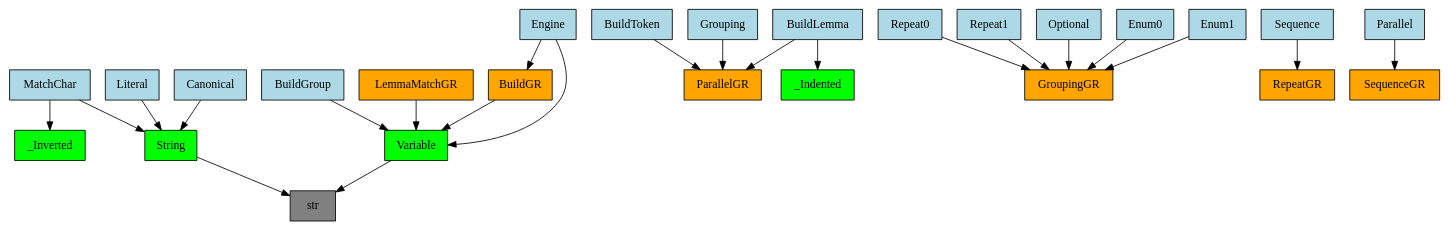
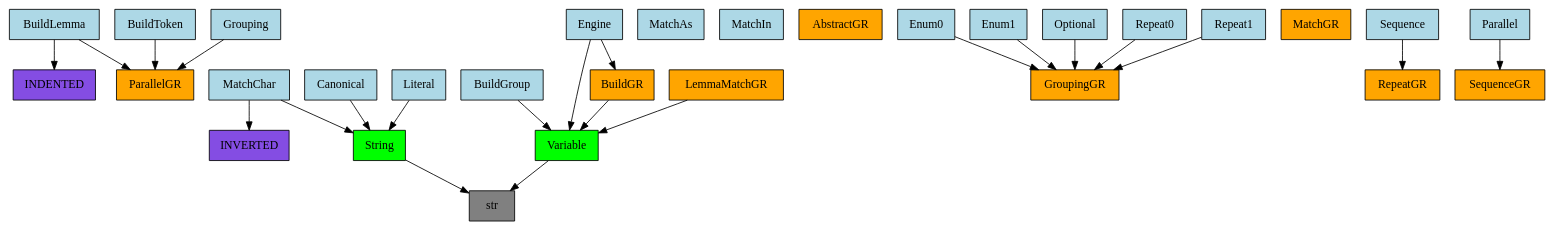
One commit to GabrielAmare/Language changed the diagram in language/base/bnf/v0_0_1/use_graph.gv. Above: the diagram before and after it, drawn with Graphviz. The commit also changed 8 other files, not shown here.

Commit message:
used utils.graph.structures for ClassManager.use_graph

```diff
--- a/language/base/bnf/v0_0_1/use_graph.gv
+++ b/language/base/bnf/v0_0_1/use_graph.gv
@@ -1,50 +1,54 @@
 digraph {
-	0 [label=BuildGR fillcolor=orange shape=rect style=filled]
-	1 [label=Variable fillcolor=lime shape=rect style=filled]
-	2 [label=BuildToken fillcolor=lightblue shape=rect style=filled]
-	3 [label=ParallelGR fillcolor=orange shape=rect style=filled]
-	4 [label=BuildLemma fillcolor=lightblue shape=rect style=filled]
-	5 [label=_Indented fillcolor=lime shape=rect style=filled]
-	6 [label=BuildGroup fillcolor=lightblue shape=rect style=filled]
-	7 [label=LemmaMatchGR fillcolor=orange shape=rect style=filled]
-	8 [label=MatchChar fillcolor=lightblue shape=rect style=filled]
-	9 [label=_Inverted fillcolor=lime shape=rect style=filled]
-	10 [label=String fillcolor=lime shape=rect style=filled]
-	11 [label=Literal fillcolor=lightblue shape=rect style=filled]
-	12 [label=Canonical fillcolor=lightblue shape=rect style=filled]
-	13 [label=Grouping fillcolor=lightblue shape=rect style=filled]
-	14 [label=Repeat0 fillcolor=lightblue shape=rect style=filled]
-	15 [label=GroupingGR fillcolor=orange shape=rect style=filled]
-	16 [label=Repeat1 fillcolor=lightblue shape=rect style=filled]
-	17 [label=Optional fillcolor=lightblue shape=rect style=filled]
-	18 [label=Enum0 fillcolor=lightblue shape=rect style=filled]
-	19 [label=Enum1 fillcolor=lightblue shape=rect style=filled]
-	20 [label=Sequence fillcolor=lightblue shape=rect style=filled]
-	21 [label=RepeatGR fillcolor=orange shape=rect style=filled]
-	22 [label=Parallel fillcolor=lightblue shape=rect style=filled]
-	23 [label=SequenceGR fillcolor=orange shape=rect style=filled]
-	24 [label=Engine fillcolor=lightblue shape=rect style=filled]
-	25 [label=str fillcolor=gray shape=rect style=filled]
-	0 -> 1
-	2 -> 3
-	4 -> 5
-	4 -> 3
-	6 -> 1
-	7 -> 1
-	8 -> 9
-	8 -> 10
-	11 -> 10
-	12 -> 10
-	13 -> 3
-	14 -> 15
-	16 -> 15
-	17 -> 15
-	18 -> 15
-	19 -> 15
-	20 -> 21
-	22 -> 23
-	24 -> 0
-	24 -> 1
-	1 -> 25
-	10 -> 25
+	_Indented [label=INDENTED fillcolor="#844de3" shape=rect style=filled]
+	_Inverted [label=INVERTED fillcolor="#844de3" shape=rect style=filled]
+	MatchAs [label=MatchAs fillcolor=lightblue shape=rect style=filled]
+	MatchIn [label=MatchIn fillcolor=lightblue shape=rect style=filled]
+	AbstractGR [label=AbstractGR fillcolor=orange shape=rect style=filled]
+	GroupingGR [label=GroupingGR fillcolor=orange shape=rect style=filled]
+	MatchGR [label=MatchGR fillcolor=orange shape=rect style=filled]
+	ParallelGR [label=ParallelGR fillcolor=orange shape=rect style=filled]
+	RepeatGR [label=RepeatGR fillcolor=orange shape=rect style=filled]
+	SequenceGR [label=SequenceGR fillcolor=orange shape=rect style=filled]
+	str [label=str fillcolor=gray shape=rect style=filled]
+	String [label=String fillcolor=lime shape=rect style=filled]
+	String -> str
+	Variable [label=Variable fillcolor=lime shape=rect style=filled]
+	Variable -> str
+	BuildLemma [label=BuildLemma fillcolor=lightblue shape=rect style=filled]
+	BuildLemma -> _Indented
+	BuildLemma -> ParallelGR
+	BuildToken [label=BuildToken fillcolor=lightblue shape=rect style=filled]
+	BuildToken -> ParallelGR
+	Enum0 [label=Enum0 fillcolor=lightblue shape=rect style=filled]
+	Enum0 -> GroupingGR
+	Enum1 [label=Enum1 fillcolor=lightblue shape=rect style=filled]
+	Enum1 -> GroupingGR
+	Grouping [label=Grouping fillcolor=lightblue shape=rect style=filled]
+	Grouping -> ParallelGR
+	Optional [label=Optional fillcolor=lightblue shape=rect style=filled]
+	Optional -> GroupingGR
+	Parallel [label=Parallel fillcolor=lightblue shape=rect style=filled]
+	Parallel -> SequenceGR
+	Repeat0 [label=Repeat0 fillcolor=lightblue shape=rect style=filled]
+	Repeat0 -> GroupingGR
+	Repeat1 [label=Repeat1 fillcolor=lightblue shape=rect style=filled]
+	Repeat1 -> GroupingGR
+	Sequence [label=Sequence fillcolor=lightblue shape=rect style=filled]
+	Sequence -> RepeatGR
+	BuildGroup [label=BuildGroup fillcolor=lightblue shape=rect style=filled]
+	BuildGroup -> Variable
+	Canonical [label=Canonical fillcolor=lightblue shape=rect style=filled]
+	Canonical -> String
+	Literal [label=Literal fillcolor=lightblue shape=rect style=filled]
+	Literal -> String
+	MatchChar [label=MatchChar fillcolor=lightblue shape=rect style=filled]
+	MatchChar -> _Inverted
+	MatchChar -> String
+	BuildGR [label=BuildGR fillcolor=orange shape=rect style=filled]
+	BuildGR -> Variable
+	LemmaMatchGR [label=LemmaMatchGR fillcolor=orange shape=rect style=filled]
+	LemmaMatchGR -> Variable
+	Engine [label=Engine fillcolor=lightblue shape=rect style=filled]
+	Engine -> Variable
+	Engine -> BuildGR
 }
```
